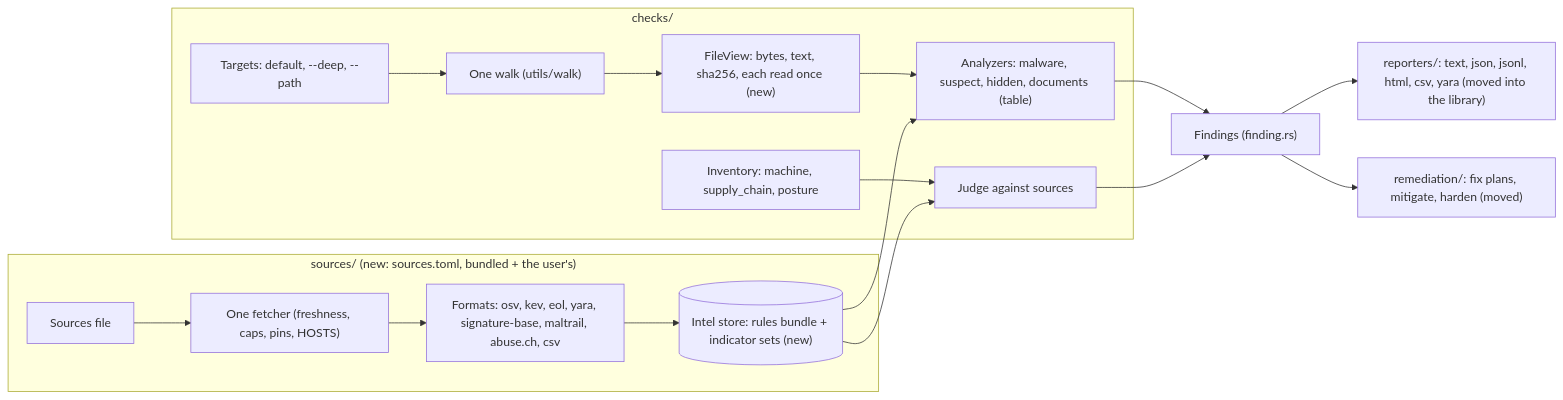
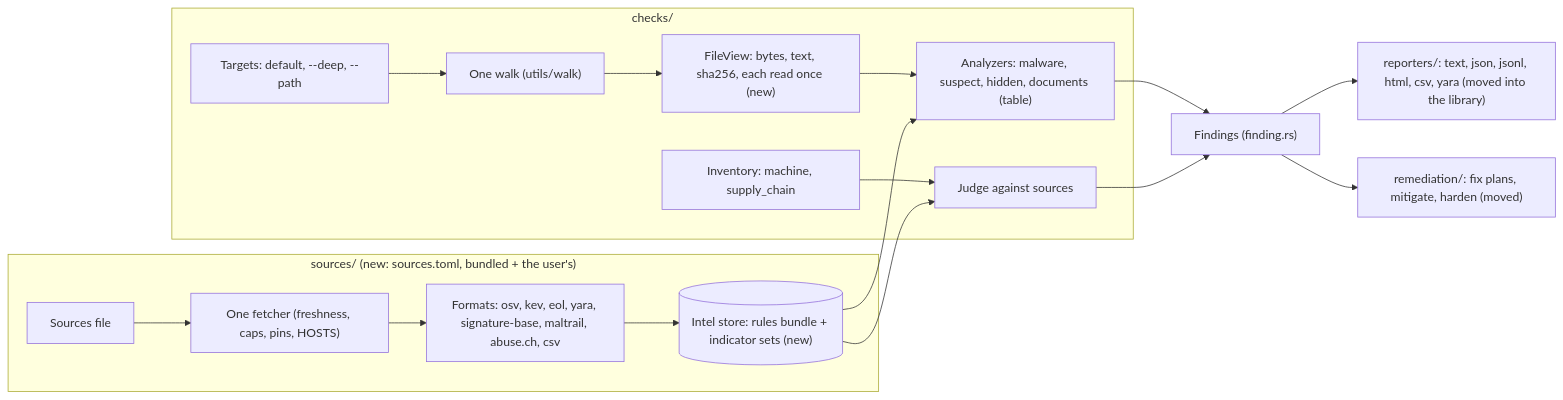
One commit to waffuruai/pantry changed the diagram in specs/04-layout-and-sources.md. Above: the diagram before and after it, drawn with Mermaid. The commit also changed other lines of this file and 2 other files, not shown here.

````diff
--- a/specs/04-layout-and-sources.md
+++ b/specs/04-layout-and-sources.md
@@ -17,20 +17,20 @@
 ```mermaid
 flowchart LR
   subgraph SRC["sources/ (new: sources.toml, bundled + the user's)"]
     M["Sources file"] --> F["One fetcher (freshness, caps, pins, HOSTS)"]
     F --> P["Formats: osv, kev, eol, yara, signature-base, maltrail, abuse.ch, csv"]
     P --> S[("Intel store: rules bundle + indicator sets (new)")]
   end
   subgraph CHK["checks/"]
     T["Targets: default, --deep, --path"] --> W["One walk (utils/walk)"]
     W --> V["FileView: bytes, text, sha256, each read once (new)"]
     V --> A["Analyzers: malware, suspect, hidden, documents (table)"]
-    I["Inventory: machine, supply_chain, posture"] --> J["Judge against sources"]
+    I["Inventory: machine, supply_chain"] --> J["Judge against sources"]
   end
   S --> A
   S --> J
   A --> FD["Findings (finding.rs)"]
   J --> FD
   FD --> R["reporters/: text, json, jsonl, html, csv, yara (moved into the library)"]
   FD --> X["remediation/: fix plans, mitigate, harden (moved)"]
 ```
````
